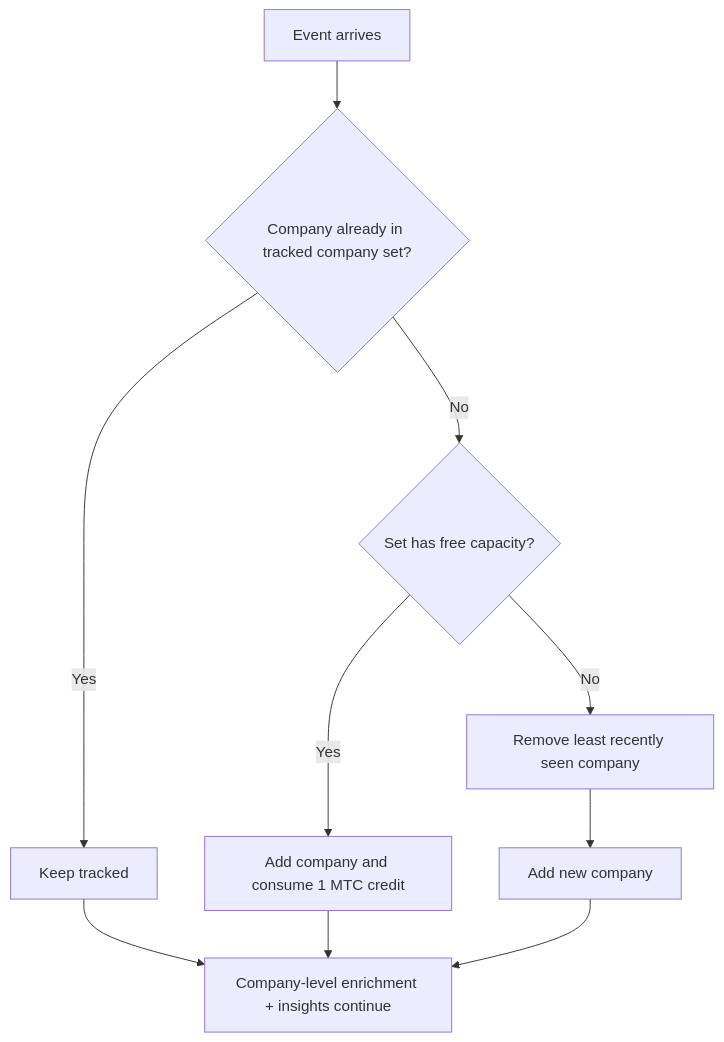
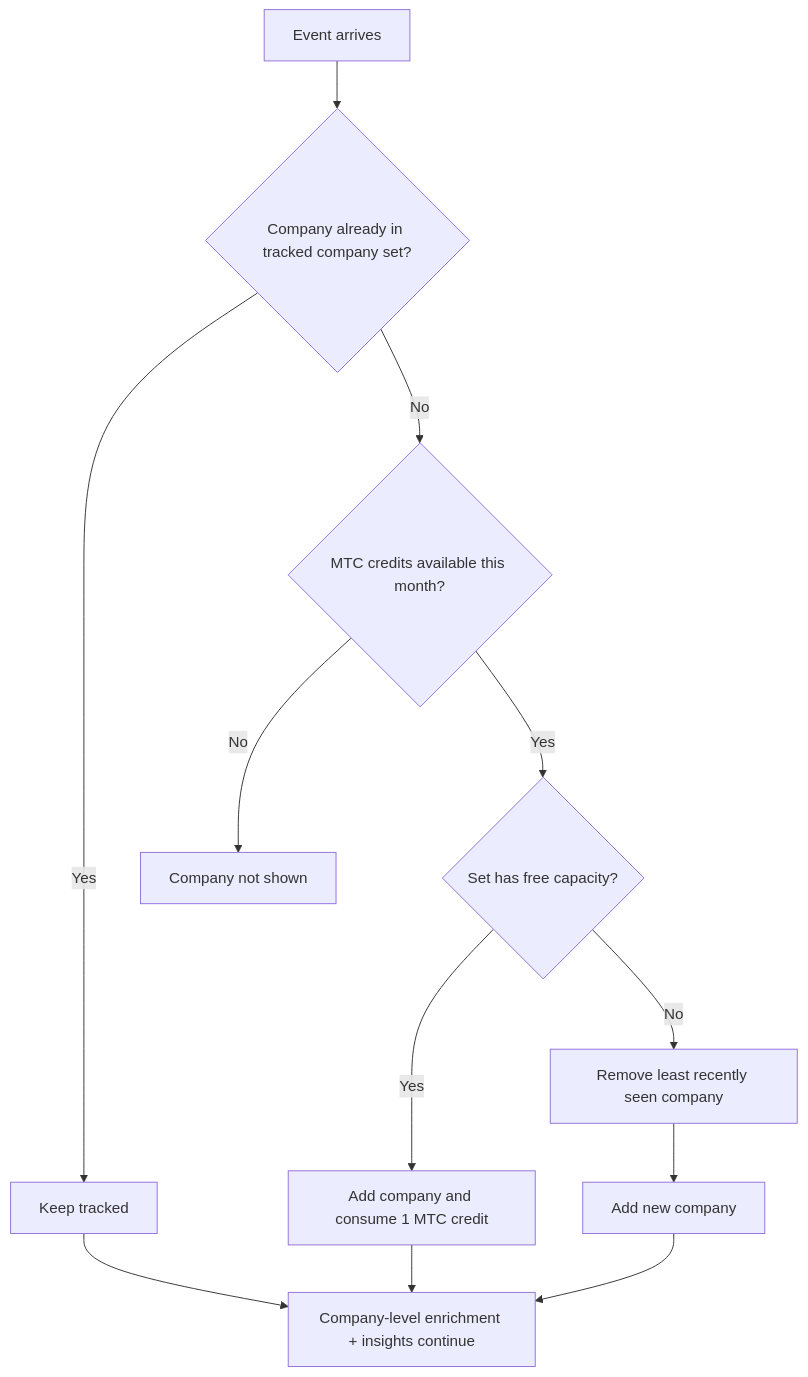
The diagram in docs/mtc.md (scarf-sh/docs), drawn with Mermaid before and after one commit. The commit also changed 5 other files, not shown here.

First line of the commit message:
Fix MTC Mermaid rendering and add no-credits path (#253)

````diff
--- a/docs/mtc.md
+++ b/docs/mtc.md
@@ -18,12 +18,14 @@
-<pre class="mermaid">
+```mermaid
 flowchart TD
   A[Event arrives] --> B{Company already in tracked company set?}
   B -->|Yes| C[Keep tracked]
-  B -->|No| D{Set has free capacity?}
-  D -->|Yes| E[Add company and consume 1 MTC credit]
-  D -->|No| F[Remove least recently seen company]
-  F --> G[Add new company]
-  C --> H[Company-level enrichment + insights continue]
-  E --> H
-  G --> H
-</pre>
+  B -->|No| D{MTC credits available this month?}
+  D -->|No| E[Company not shown]
+  D -->|Yes| F{Set has free capacity?}
+  F -->|Yes| G[Add company and consume 1 MTC credit]
+  F -->|No| H[Remove least recently seen company]
+  H --> I[Add new company]
+  C --> J[Company-level enrichment + insights continue]
+  G --> J
+  I --> J
+```
````
